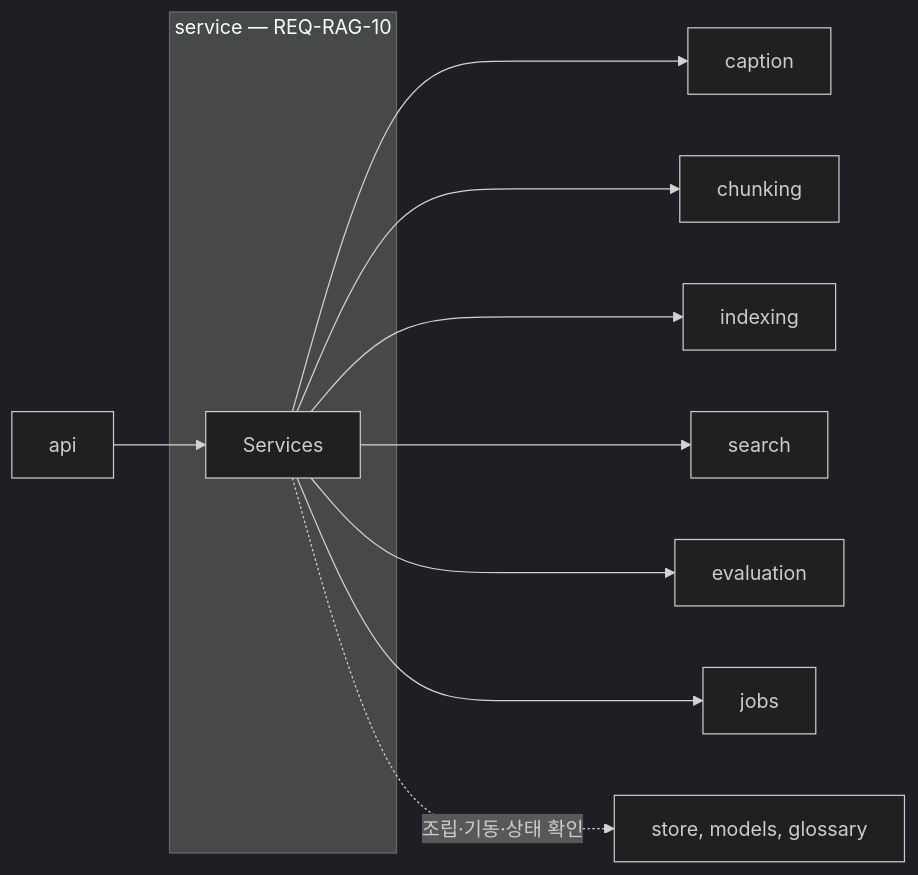
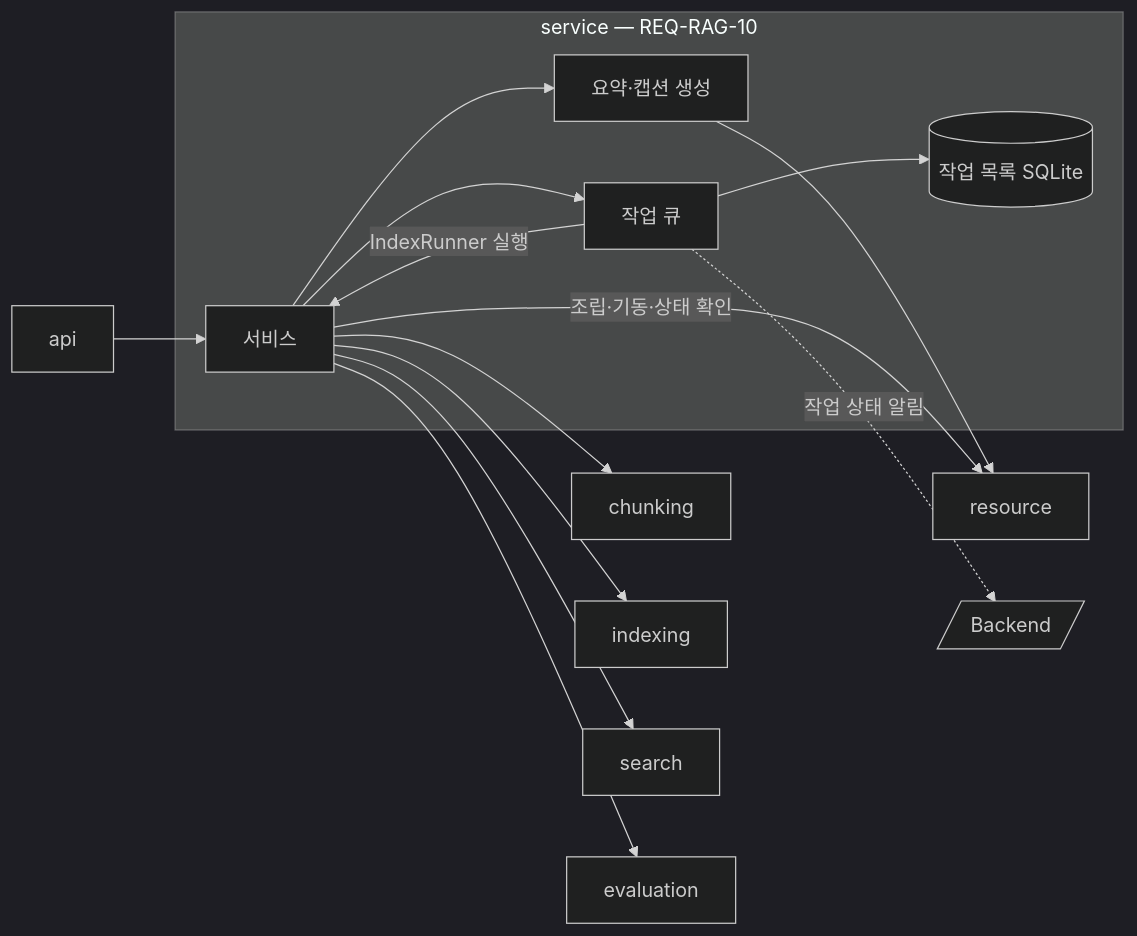
The first of 4 diagrams in apps/rag-server/src/minerva_rag/service/MODULE.md (victor7-aquila/minerva), drawn with Mermaid (dark theme) before and after one commit. The commit also changed other lines of this file and 19 other files, not shown here.

````diff
--- a/apps/rag-server/src/minerva_rag/service/MODULE.md
+++ b/apps/rag-server/src/minerva_rag/service/MODULE.md
@@ -54,14 +72,21 @@
 ```mermaid
 flowchart LR
     API["api"] --> Services
     subgraph Boundary["service — REQ-RAG-10"]
-        Services["Services"]
+        Services["서비스"]
+        Queue["작업 큐"]
+        Captioner["요약·캡션 생성"]
+        DB[("작업 목록 SQLite")]
     end
-    Services --> Caption["caption"]
+    Services --> Queue
+    Queue -->|IndexRunner 실행| Services
+    Queue --> DB
+    Services --> Captioner
+    Captioner --> Resource["resource"]
+    Services -->|조립·기동·상태 확인| Resource
     Services --> Chunking["chunking"]
     Services --> Indexing["indexing"]
     Services --> Search["search"]
     Services --> Evaluation["evaluation"]
-    Services --> Jobs["jobs"]
-    Services -.->|조립·기동·상태 확인| Infra["store, models, glossary"]
+    Queue -.->|작업 상태 알림| Backend[/"Backend"/]
 ```
````
